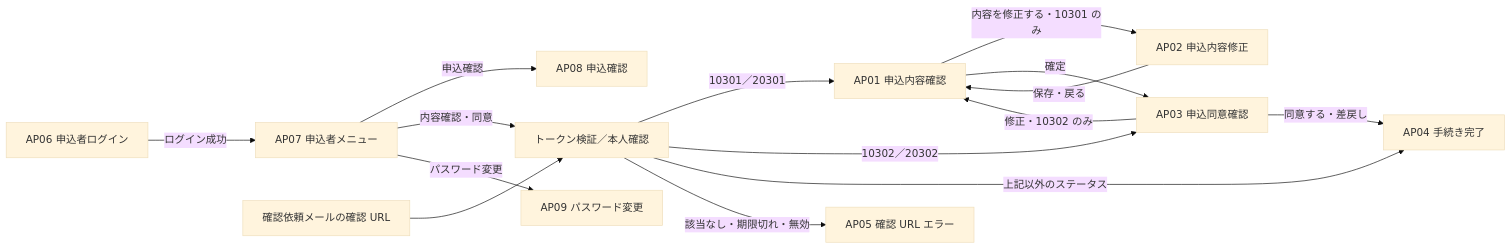
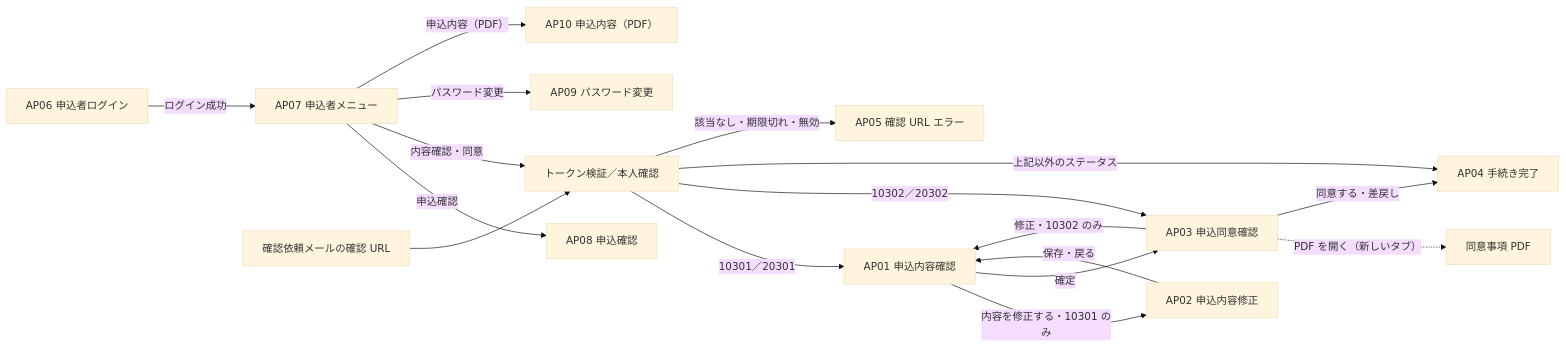
The second of 2 diagrams in docs/basic-design/11-screen-design.md (yasudaProduct/JavaServletSample2), drawn with Mermaid (base theme) before and after one commit. The commit also changed other lines of this file and 15 other files, not shown here.

````diff
--- a/docs/basic-design/11-screen-design.md
+++ b/docs/basic-design/11-screen-design.md
@@ -101,17 +104,19 @@
 ```mermaid
 flowchart LR
     AP06[AP06 申込者ログイン] -- ログイン成功 --> AP07[AP07 申込者メニュー]
     AP07 -- 申込確認 --> AP08[AP08 申込確認]
     AP07 -- 内容確認・同意 --> CHK
     AP07 -- パスワード変更 --> AP09[AP09 パスワード変更]
+    AP07 -- 申込内容（PDF） --> AP10[AP10 申込内容（PDF）]
+    AP03 -. PDF を開く（新しいタブ） .-> DOC[同意事項 PDF]
     MAIL[確認依頼メールの確認 URL] --> CHK[トークン検証／本人確認]
     CHK -- 10301／20301 --> AP01[AP01 申込内容確認]
     CHK -- 10302／20302 --> AP03[AP03 申込同意確認]
     CHK -- 上記以外のステータス --> AP04[AP04 手続き完了]
     CHK -- 該当なし・期限切れ・無効 --> AP05[AP05 確認 URL エラー]
     AP01 -- 内容を修正する・10301 のみ --> AP02[AP02 申込内容修正]
     AP02 -- 保存・戻る --> AP01
     AP01 -- 確定 --> AP03
     AP03 -- 修正・10302 のみ --> AP01
     AP03 -- 同意する・差戻し --> AP04
 ```
````
